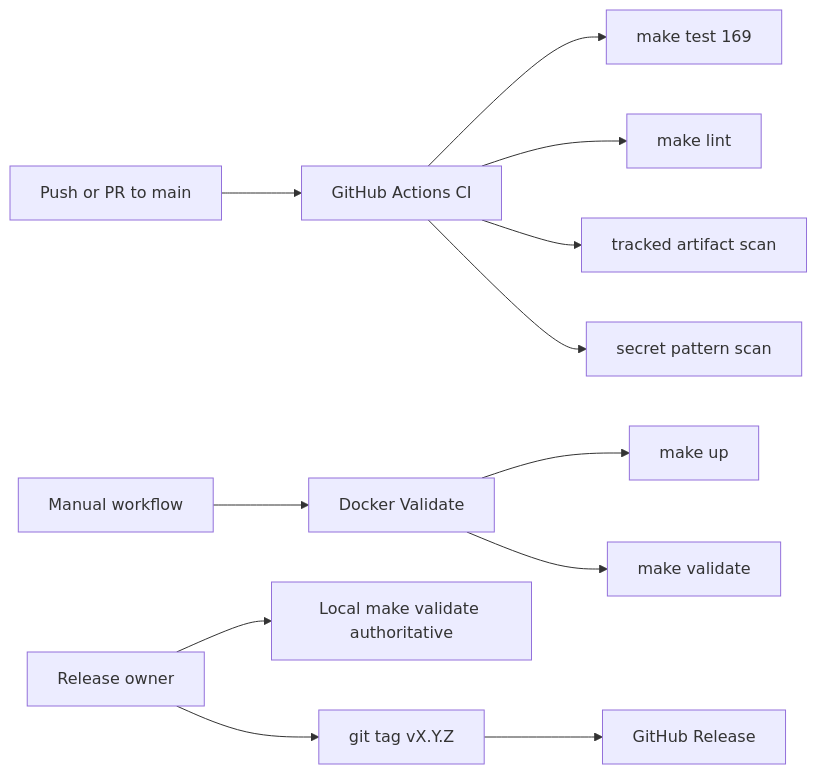
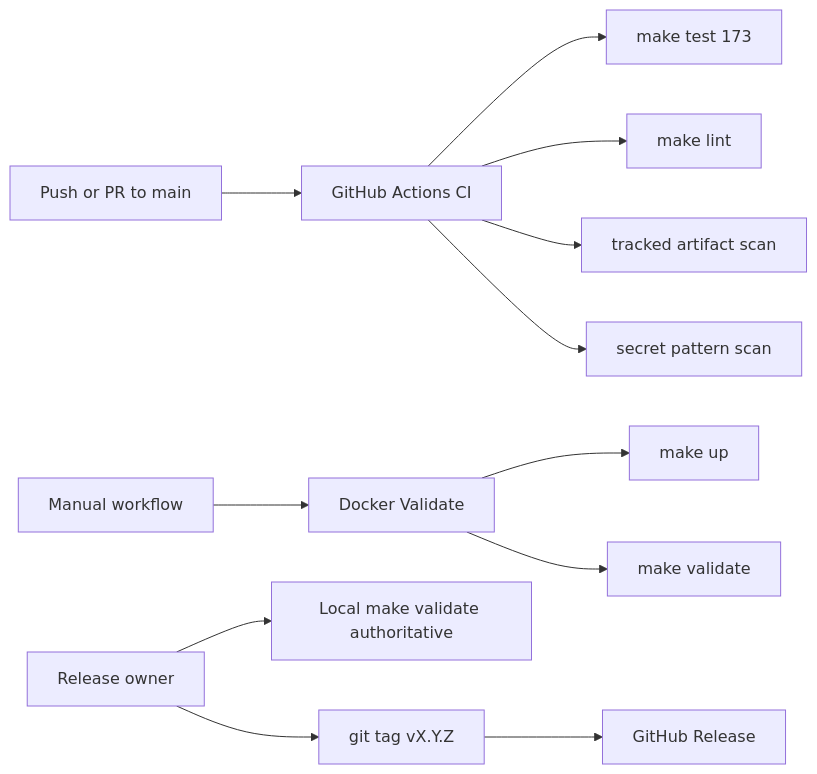
One commit to codethor0/boundary-layer changed diagram 13 of 13 in docs/DIAGRAMS.md. Above: the diagram before and after it, drawn with Mermaid. The commit also changed other lines of this file and 38 other files, not shown here.

````diff
--- a/docs/DIAGRAMS.md
+++ b/docs/DIAGRAMS.md
@@ -252,16 +252,16 @@
 ```mermaid
 flowchart LR
     Push[Push or PR to main] --> GHA[GitHub Actions CI]
-    GHA --> Test[make test 169]
+    GHA --> Test[make test 173]
     GHA --> Lint[make lint]
     GHA --> Hygiene[tracked artifact scan]
     GHA --> Secret[secret pattern scan]
 
     Manual[Manual workflow] --> DockerVal[Docker Validate]
     DockerVal --> Up[make up]
     DockerVal --> Val[make validate]
 
     Release[Release owner] --> Local[Local make validate authoritative]
     Release --> Tag[git tag vX.Y.Z]
     Tag --> GHRel[GitHub Release]
 ```
````
